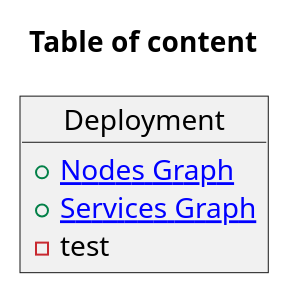
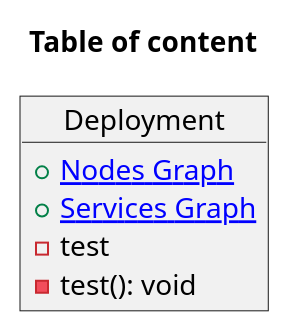
One commit to imazzine/cli changed the diagram in design/puml/index.puml. Above: the diagram before and after it, drawn with PlantUML.

Commit message:
ignore files added, docs moved to ignore

```diff
--- a/design/puml/index.puml
+++ b/design/puml/index.puml
@@ -1,8 +1,9 @@
 @startuml index
 title Table of content
 object "Deployment" as Deployment {
     +[[./../deployment/nodes_graph/nodes_graph.svg Nodes Graph]]
     +[[./../deployment/services_graph/services_graph.svg Services Graph]]
     -test
+    -test(): void
 }
 @enduml
```
